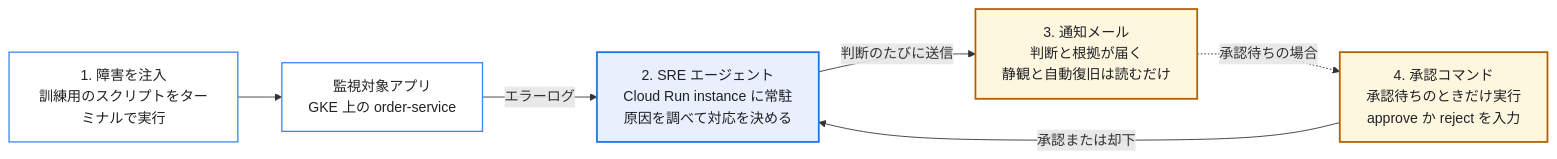
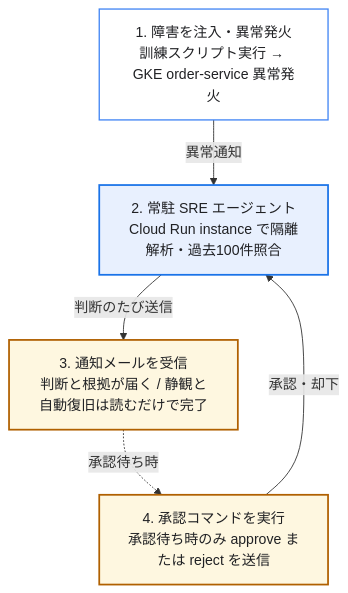
The second of 2 diagrams in docs/quickstart.md (tyorikan/agentic-sre-handson), drawn with Mermaid before and after one commit. The commit also changed 12 other files, not shown here.

Commit message:
docs: improve readability of 8 wide architecture diagrams with 2D Bento grids

````diff
--- a/docs/quickstart.md
+++ b/docs/quickstart.md
@@ -231,19 +231,18 @@
 ```mermaid
-flowchart LR
-    Inject["1. 障害を注入<br/>訓練用のスクリプトをターミナルで実行"]
-    App["監視対象アプリ<br/>GKE 上の order-service"]
-    Agent["2. SRE エージェント<br/>Cloud Run instance に常駐<br/>原因を調べて対応を決める"]
-    Mail["3. 通知メール<br/>判断と根拠が届く<br/>静観と自動復旧は読むだけ"]
-    Approve["4. 承認コマンド<br/>承認待ちのときだけ実行<br/>approve か reject を入力"]
+flowchart TD
+    Inject["1. 障害を注入・異常発火<br/>訓練スクリプト実行 → GKE order-service 異常発火"]
+    Agent["2. 常駐 SRE エージェント<br/>Cloud Run instance で隔離解析・過去100件照合"]
+    Mail["3. 通知メールを受信<br/>判断と根拠が届く / 静観と自動復旧は読むだけで完了"]
+    Approve["4. 承認コマンドを実行<br/>承認待ち時のみ approve または reject を送信"]
 
-    Inject --> App -->|"エラーログ"| Agent -->|"判断のたびに送信"| Mail
-    Mail -.->|"承認待ちの場合"| Approve
-    Approve -->|"承認または却下"| Agent
+    Inject -->|"異常通知"| Agent -->|"判断のたび送信"| Mail
+    Mail -.->|"承認待ち時"| Approve
+    Approve -->|"承認・却下"| Agent
 
     classDef base fill:#ffffff,stroke:#4285F4,stroke-width:1.5px,color:#202124;
     classDef agent fill:#e8f0fe,stroke:#1a73e8,stroke-width:2px,color:#202124;
     classDef human fill:#fef7e0,stroke:#b06000,stroke-width:2px,color:#202124;
-    class Inject,App base;
+    class Inject base;
     class Agent agent;
     class Mail,Approve human;
 ```
````
